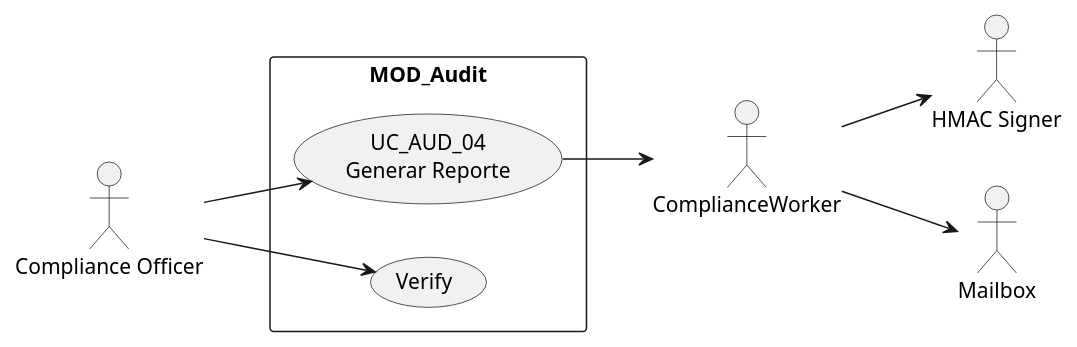
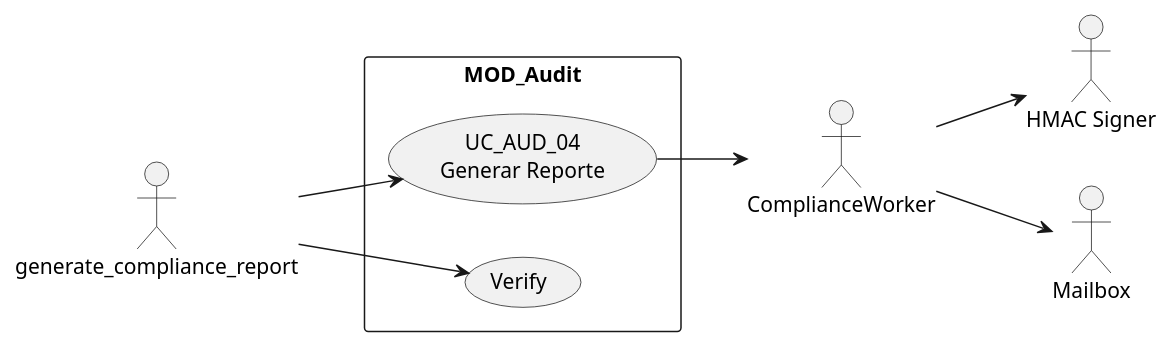
One commit to jcg-admin/IACT-docs changed the first of 4 diagrams in source/requisitos/casos-uso/audit/uc-aud-04/diagramas-uml.rst. Above: the diagram before and after it, drawn with PlantUML. The commit also changed 77 other files, not shown here.

First line of the commit message:
Enforce RBAC function names as actors in all UML diagrams

```diff
--- a/source/requisitos/casos-uso/audit/uc-aud-04/diagramas-uml.rst
+++ b/source/requisitos/casos-uso/audit/uc-aud-04/diagramas-uml.rst
@@ -10,18 +10,18 @@
 .. uml::
 
  @startuml
  left to right direction
- actor "Compliance Officer" as O
+ actor "generate_compliance_report" as O
  actor "ComplianceWorker" as W
  actor "HMAC Signer" as H
  actor "Mailbox" as MB
  rectangle "MOD_Audit" {
    usecase "UC_AUD_04\nGenerar Reporte" as UC04
    usecase "Verify" as V
  }
  O --> UC04
  O --> V
  UC04 --> W
  W --> H
  W --> MB
  @enduml
```
